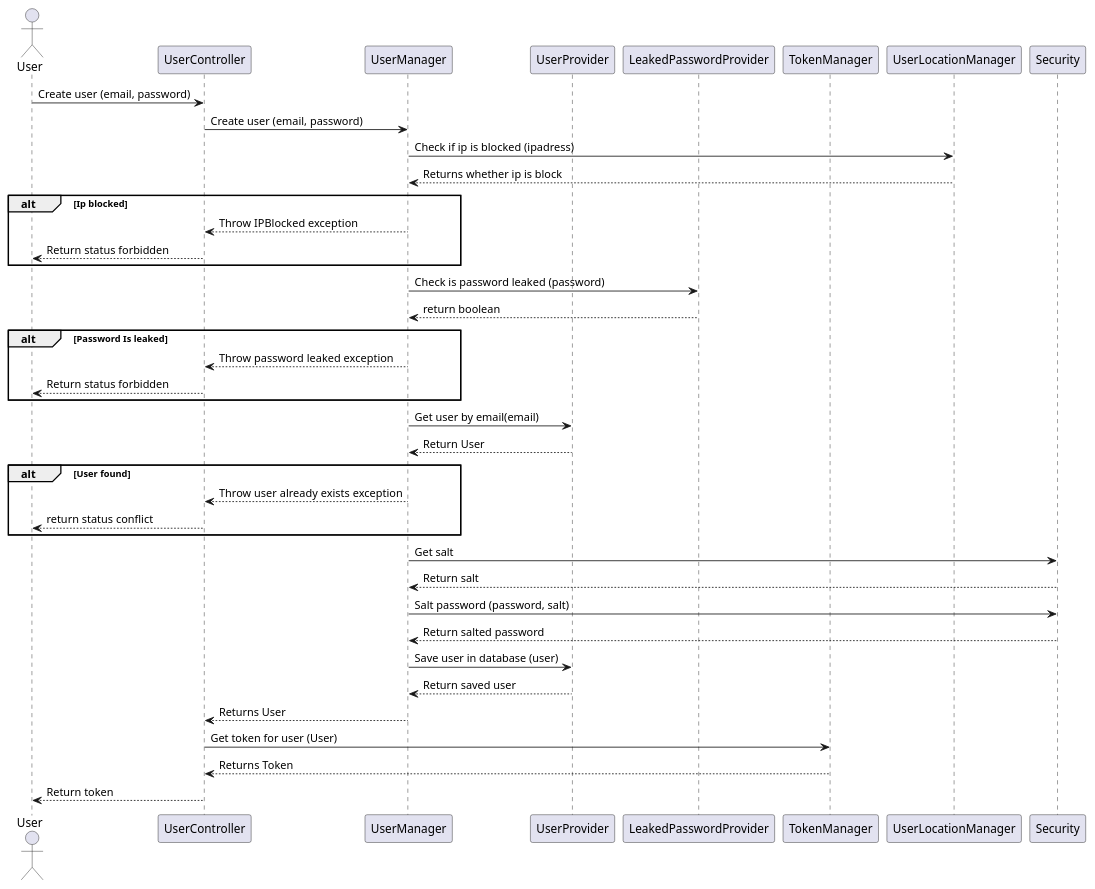
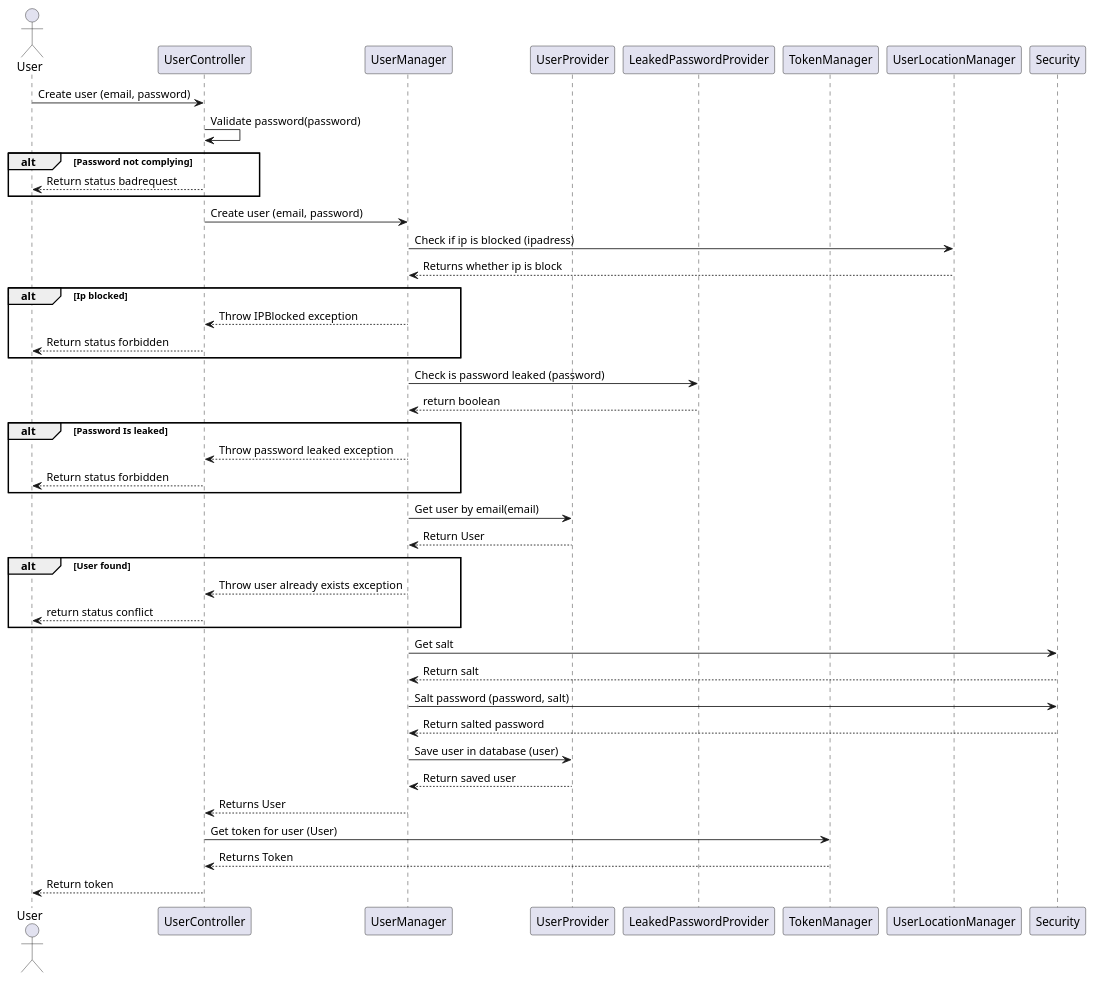
The diagram in Docs/SDDiagrams/CreateUserSD.plantuml (blackout1471/trust-us-school), drawn with PlantUML before and after one commit. The commit also changed 9 other files, not shown here.

```diff
--- a/Docs/SDDiagrams/CreateUserSD.plantuml
+++ b/Docs/SDDiagrams/CreateUserSD.plantuml
@@ -1,61 +1,67 @@
 @startuml Create User SD
 
 
 actor User
 participant UserController
 participant UserManager
 participant UserProvider
 participant LeakedPasswordProvider
 participant TokenManager
 participant UserLocationManager
 participant Security
 
 
 
 User->UserController: Create user (email, password)
+UserController->UserController: Validate password(password)
+
+alt Password not complying
+UserController-->User: Return status badrequest
+end
+
 UserController->UserManager: Create user (email, password)
 UserManager->UserLocationManager: Check if ip is blocked (ipadress)
 UserLocationManager-->UserManager: Returns whether ip is block
 
 alt Ip blocked
 UserManager-->UserController: Throw IPBlocked exception
 UserController-->User: Return status forbidden
 end
 
 
 UserManager->LeakedPasswordProvider: Check is password leaked (password)
 LeakedPasswordProvider-->UserManager: return boolean
 
 alt Password Is leaked
 UserManager-->UserController: Throw password leaked exception
 UserController-->User: Return status forbidden
 end
 
 UserManager->UserProvider: Get user by email(email)
 UserProvider-->UserManager: Return User
 
 alt User found
 
 UserManager-->UserController: Throw user already exists exception
 UserController-->User: return status conflict
 
 end
 
 
 UserManager->Security: Get salt
 Security-->UserManager: Return salt
 
 UserManager->Security: Salt password (password, salt)
 Security-->UserManager: Return salted password
 
 UserManager->UserProvider: Save user in database (user)
 UserProvider-->UserManager: Return saved user
 
 
 UserManager-->UserController: Returns User
 UserController->TokenManager: Get token for user (User)
 TokenManager-->UserController: Returns Token
 
 UserController-->User: Return token
 
 @enduml
```
